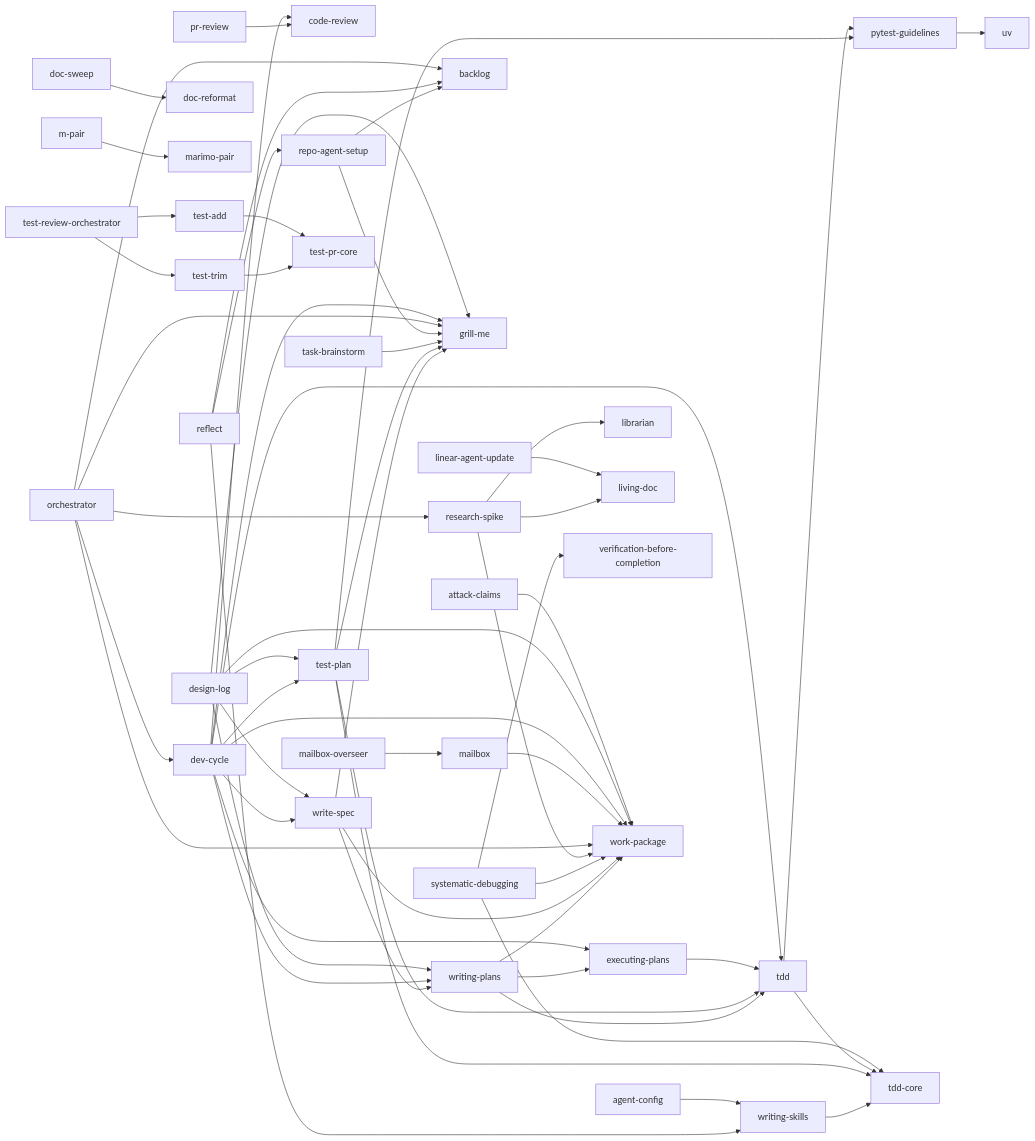
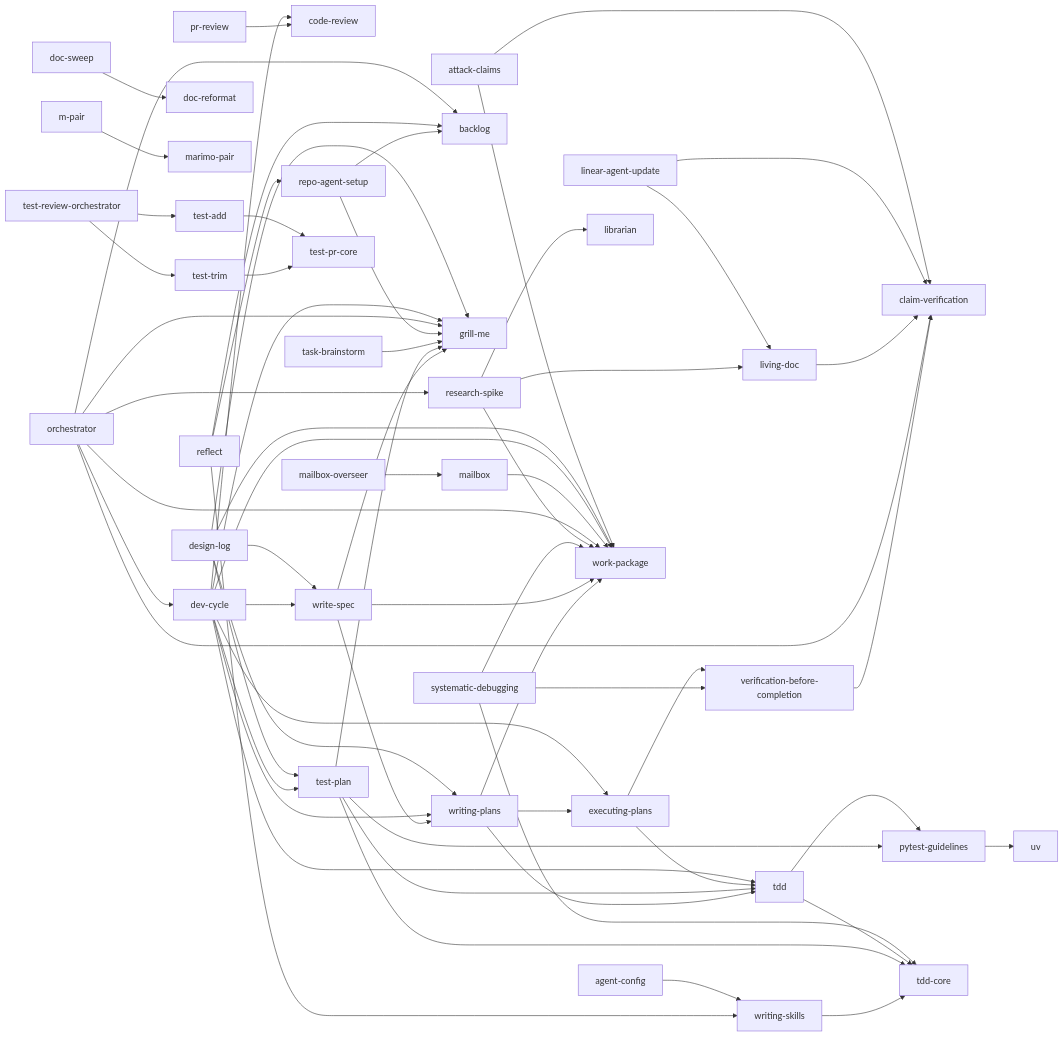
One commit to Haydeni0/agent-config changed the diagram in README.md. Above: the diagram before and after it, drawn with Mermaid. The commit also changed 4 other files, not shown here.

Commit message:
feat(skills): consumers dep claim-verification; global rule becomes a pointer

```diff
--- a/README.md
+++ b/README.md
@@ -186,6 +186,7 @@
     %% caveman_compress[caveman-compress]
     %% caveman_help[caveman-help]
     %% caveman_review[caveman-review]
+    claim_verification[claim-verification]
     code_review[code-review]
     %% codebase_review[codebase-review]
     design_log[design-log]
@@ -246,6 +247,7 @@
     %% wt_switch_create[wt-switch-create]
     agent_config --> writing_skills
     attack_claims --> work_package
+    attack_claims --> claim_verification
     design_log --> grill_me
     design_log --> test_plan
     design_log --> write_spec
@@ -261,7 +263,10 @@
     dev_cycle --> work_package
     doc_sweep --> doc_reformat
     executing_plans --> tdd
+    executing_plans --> verification_before_completion
     linear_agent_update --> living_doc
+    linear_agent_update --> claim_verification
+    living_doc --> claim_verification
     m_pair --> marimo_pair
     mailbox --> work_package
     mailbox_overseer --> mailbox
@@ -270,6 +275,7 @@
     orchestrator --> dev_cycle
     orchestrator --> research_spike
     orchestrator --> work_package
+    orchestrator --> claim_verification
     pr_review --> code_review
     pytest_guidelines --> uv
     reflect --> backlog
@@ -294,6 +300,7 @@
     test_review_orchestrator --> test_trim
     test_review_orchestrator --> test_add
     test_trim --> test_pr_core
+    verification_before_completion --> claim_verification
     write_spec --> grill_me
     write_spec --> writing_plans
     write_spec --> work_package
```
